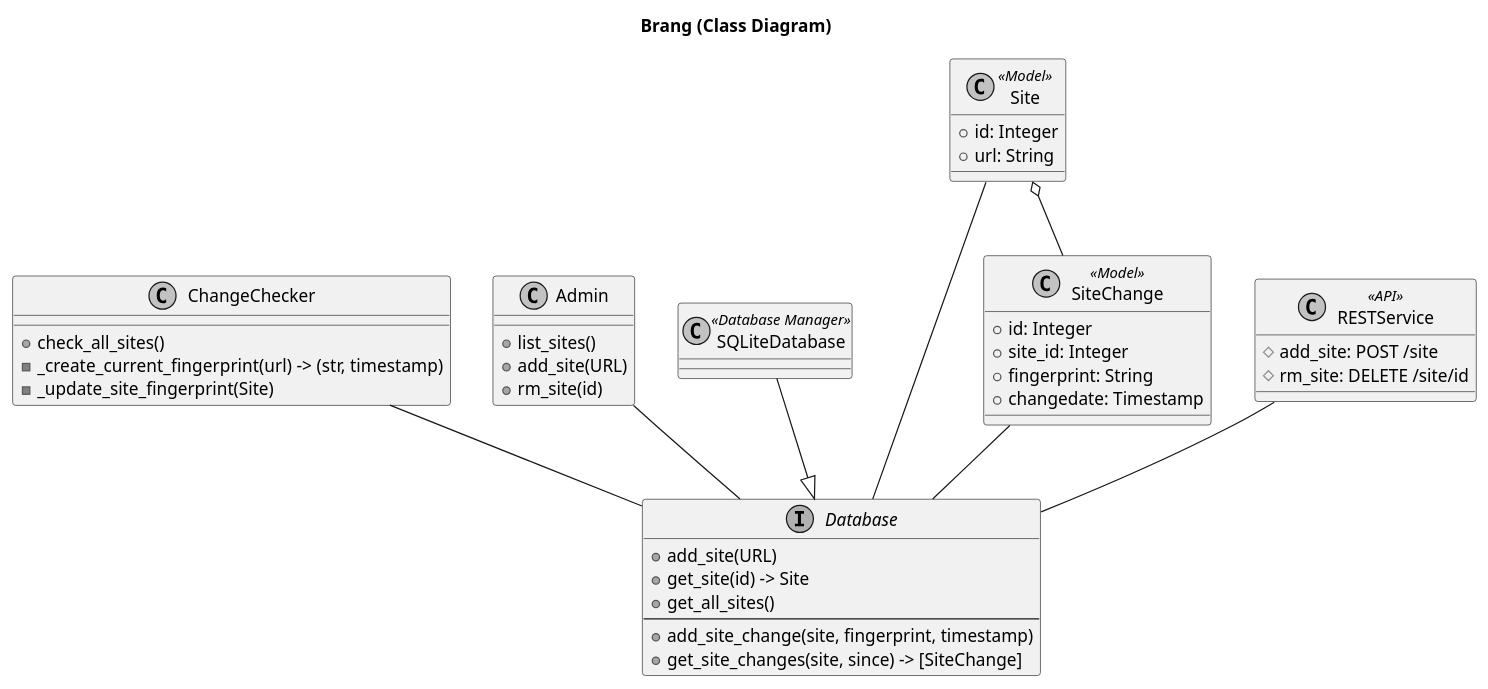
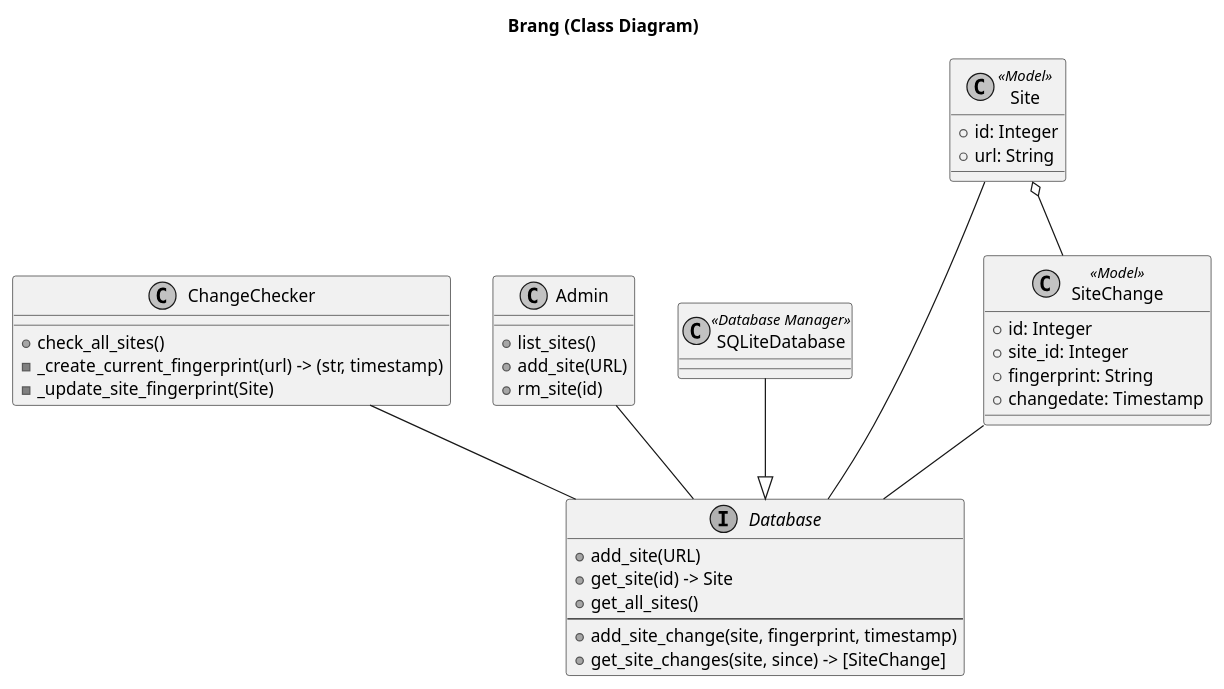
The diagram in docs/plant_uml_files/class_diagrams.puml (DirkSchaefer/brang), drawn with PlantUML before and after one commit. The commit also changed 11 other files, not shown here.

```diff
--- a/docs/plant_uml_files/class_diagrams.puml
+++ b/docs/plant_uml_files/class_diagrams.puml
@@ -1,58 +1,58 @@
 @startuml
 skinparam monochrome true
 
 title Brang (Class Diagram)
 class ChangeChecker {
     + check_all_sites()
     - _create_current_fingerprint(url) -> (str, timestamp)
     - _update_site_fingerprint(Site)
 }
 
 ChangeChecker -- Database
 
 class Admin {
  + list_sites()
  + add_site(URL)
  + rm_site(id)
 }
 
 Admin -- Database
 
 
 interface Database {
     + add_site(URL)
     + get_site(id) -> Site
     + get_all_sites()
     --
     + add_site_change(site, fingerprint, timestamp)
     + get_site_changes(site, since) -> [SiteChange]
 }
 
 class SQLiteDatabase <<Database Manager>> {
 }
 
 SQLiteDatabase --|> Database
 
 class Site <<Model>>{
     + id: Integer
     + url: String
 }
 
 Site -- Database
 SiteChange -- Database
 
 class SiteChange <<Model>>{
     + id: Integer
     + site_id: Integer
     + fingerprint: String
     + changedate: Timestamp
 }
 
 Site o-- SiteChange
-class RESTService <<API>> {
-    #add_site: POST /site
-    #rm_site: DELETE /site/id
-}
+' class RESTService <<API>> {
+'     #add_site: POST /site
+'     #rm_site: DELETE /site/id
+' }
 
-RESTService -- Database
+' RESTService -- Database
 @enduml
```
